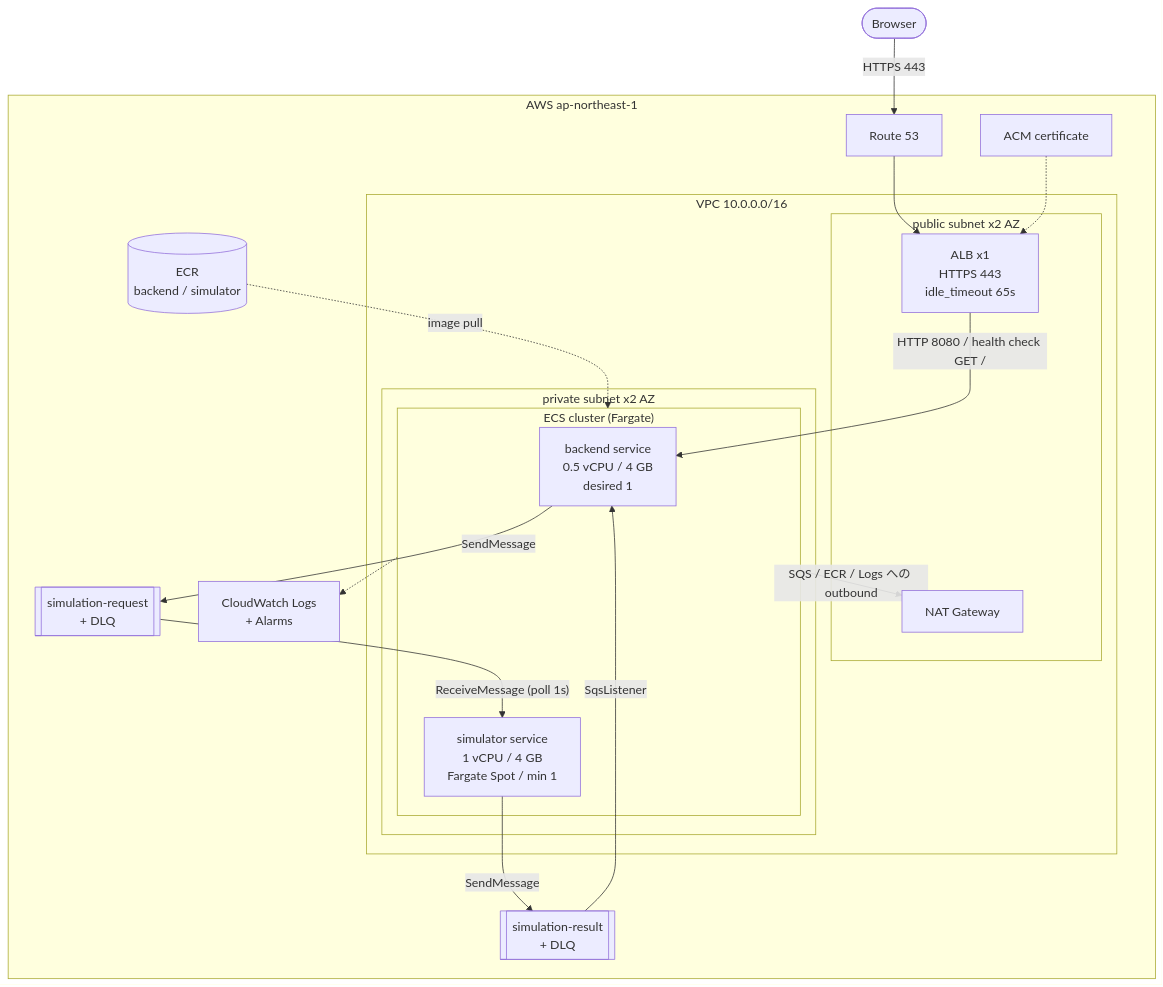
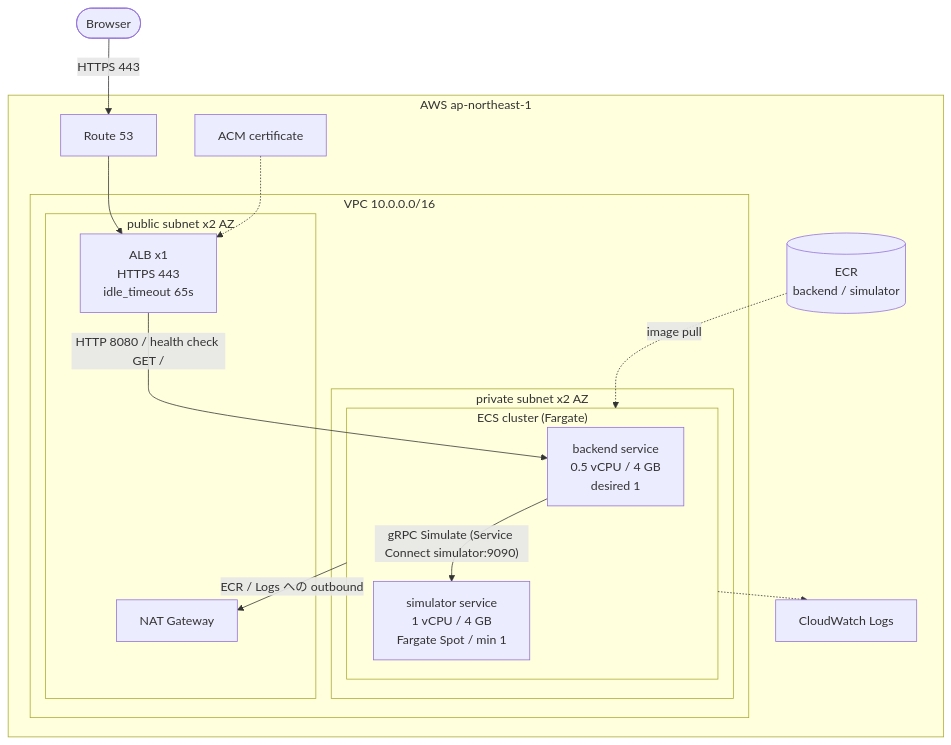
One commit to midetaro/baseball-orders changed the diagram in docs/aws-deployment.md. Above: the diagram before and after it, drawn with Mermaid. The commit also changed other lines of this file and 21 other files, not shown here.

First line of the commit message:
docs: describe the gRPC connection between backend and simulator in place of SQS

````diff
--- a/docs/aws-deployment.md
+++ b/docs/aws-deployment.md
@@ -14,40 +14,34 @@
 ```mermaid
 flowchart TB
     browser(["Browser"])
 
     subgraph aws["AWS ap-northeast-1"]
         r53["Route 53"]
         acm["ACM certificate"]
         ecr[("ECR<br/>backend / simulator")]
-        logs["CloudWatch Logs<br/>+ Alarms"]
+        logs["CloudWatch Logs"]
 
         subgraph vpc["VPC 10.0.0.0/16"]
             subgraph pub["public subnet x2 AZ"]
                 alb["ALB x1<br/>HTTPS 443<br/>idle_timeout 65s"]
                 nat["NAT Gateway"]
             end
 
             subgraph pri["private subnet x2 AZ"]
                 subgraph cluster["ECS cluster (Fargate)"]
                     backend["backend service<br/>0.5 vCPU / 4 GB<br/>desired 1"]
                     simulator["simulator service<br/>1 vCPU / 4 GB<br/>Fargate Spot / min 1"]
                 end
             end
         end
-
-        requestq[["simulation-request<br/>+ DLQ"]]
-        resultq[["simulation-result<br/>+ DLQ"]]
     end
 
     browser -->|HTTPS 443| r53
     r53 --> alb
     acm -.-> alb
     alb -->|"HTTP 8080 / health check GET /"| backend
-    backend -->|SendMessage| requestq
-    requestq -->|"ReceiveMessage (poll 1s)"| simulator
-    simulator -->|SendMessage| resultq
-    resultq -->|SqsListener| backend
-    cluster -->|"SQS / ECR / Logs への outbound"| nat
+    backend -->|"gRPC Simulate (Service Connect simulator:9090)"| simulator
+    cluster -->|"ECR / Logs への outbound"| nat
     ecr -.->|image pull| cluster
     cluster -.-> logs
 ```
````
